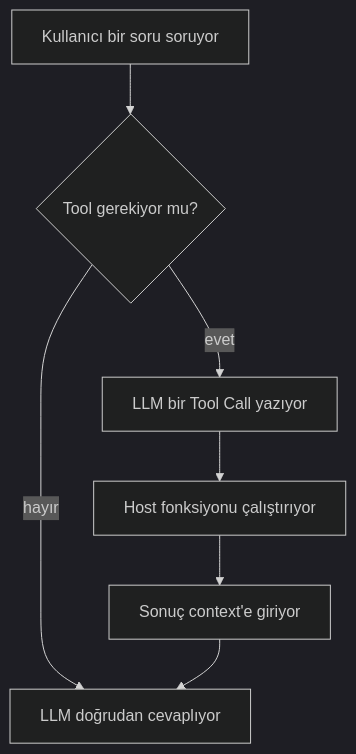
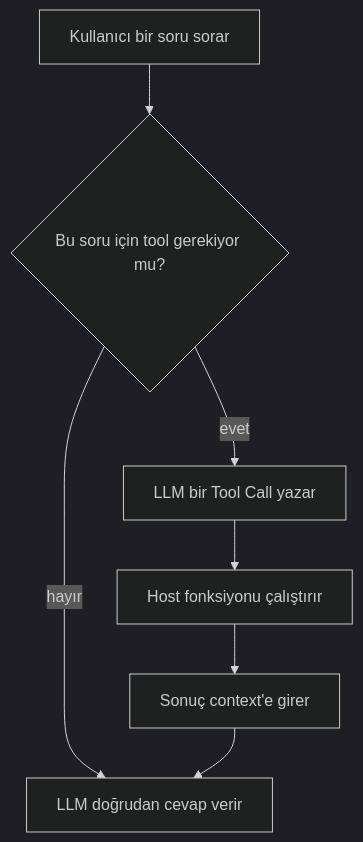
One commit to lokumai/ai-engineering-bazaar changed the first of 2 diagrams in mini-courses/1_fundamentals/tools_tr.md. Above: the diagram before and after it, drawn with Mermaid (dark theme). The commit also changed other lines of this file and 63 other files, not shown here.

````diff
--- a/mini-courses/1_fundamentals/tools_tr.md
+++ b/mini-courses/1_fundamentals/tools_tr.md
@@ -242,9 +227,9 @@
 ```mermaid
 graph TD
-    A["Kullanıcı bir soru soruyor"] --> B{"Tool gerekiyor mu?"}
-    B -->|hayır| F["LLM doğrudan cevaplıyor"]
-    B -->|evet| C["LLM bir Tool Call yazıyor"]
-    C --> D["Host fonksiyonu çalıştırıyor"]
-    D --> E["Sonuç context'e giriyor"]
+    A["Kullanıcı bir soru sorar"] --> B{"Bu soru için tool gerekiyor mu?"}
+    B -->|hayır| F["LLM doğrudan cevap verir"]
+    B -->|evet| C["LLM bir Tool Call yazar"]
+    C --> D["Host fonksiyonu çalıştırır"]
+    D --> E["Sonuç context'e girer"]
     E --> F
 ```
````
